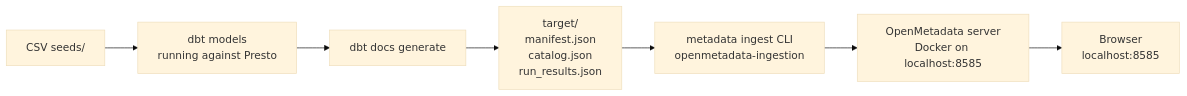
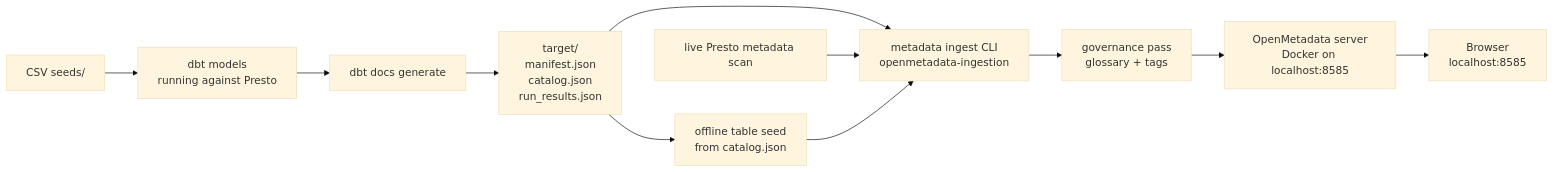
The diagram in docs/openmetadata.md (aseelert/ibmas-watsonxdata-dbt), drawn with Mermaid (base theme) before and after one commit. The commit also changed other lines of this file and 14 other files, not shown here.

Commit message:
Add OpenMetadata governance ingestion

````diff
--- a/docs/openmetadata.md
+++ b/docs/openmetadata.md
@@ -14,12 +14,18 @@
 ```mermaid
 flowchart LR
   seeds["CSV seeds/"]
   dbt["dbt models\nrunning against Presto"]
   docs["dbt docs generate"]
+  live["live Presto metadata scan"]
+  fallback["offline table seed\nfrom catalog.json"]
   artifacts["target/\nmanifest.json\ncatalog.json\nrun_results.json"]
   ingest["metadata ingest CLI\nopenmetadata-ingestion"]
+  gov["governance pass\nglossary + tags"]
   om["OpenMetadata server\nDocker on localhost:8585"]
   browser["Browser\nlocalhost:8585"]
 
-  seeds --> dbt --> docs --> artifacts --> ingest --> om --> browser
+  seeds --> dbt --> docs --> artifacts --> ingest
+  live --> ingest
+  artifacts --> fallback --> ingest
+  ingest --> gov --> om --> browser
 ```
````
